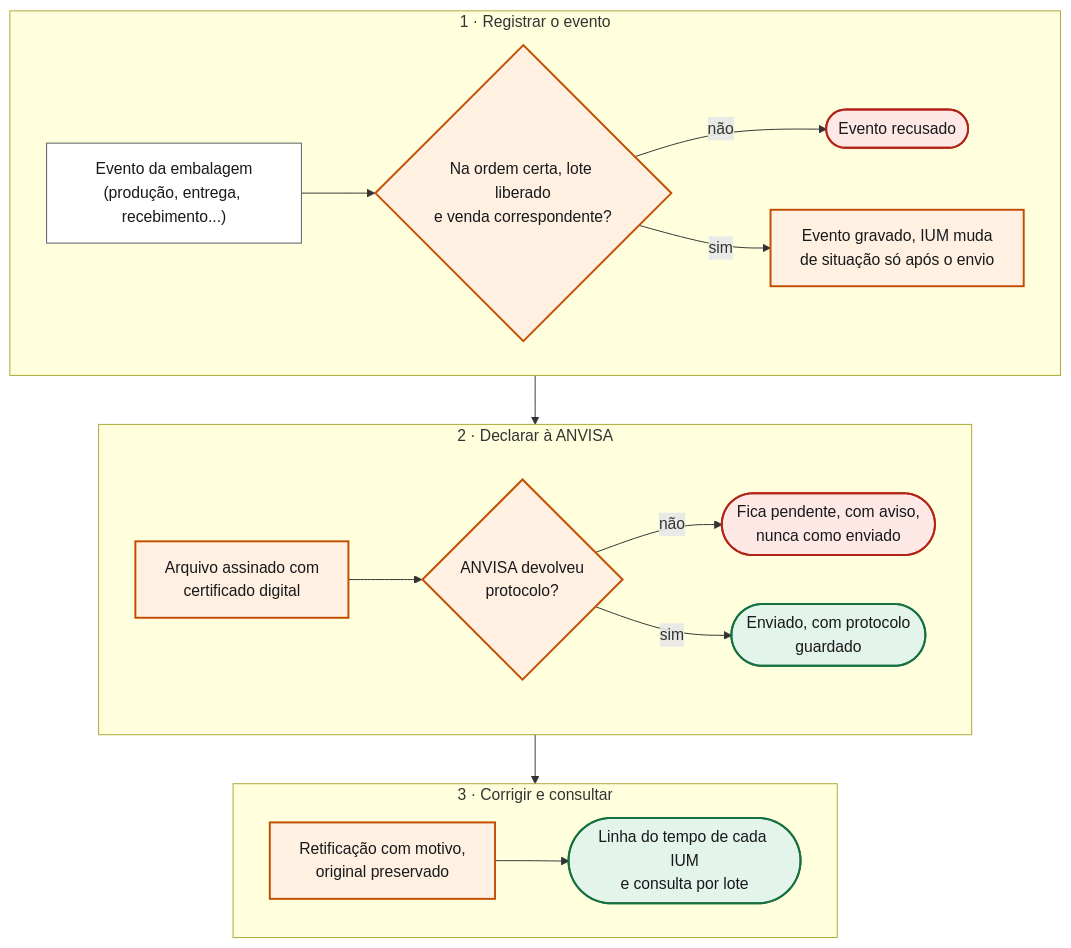
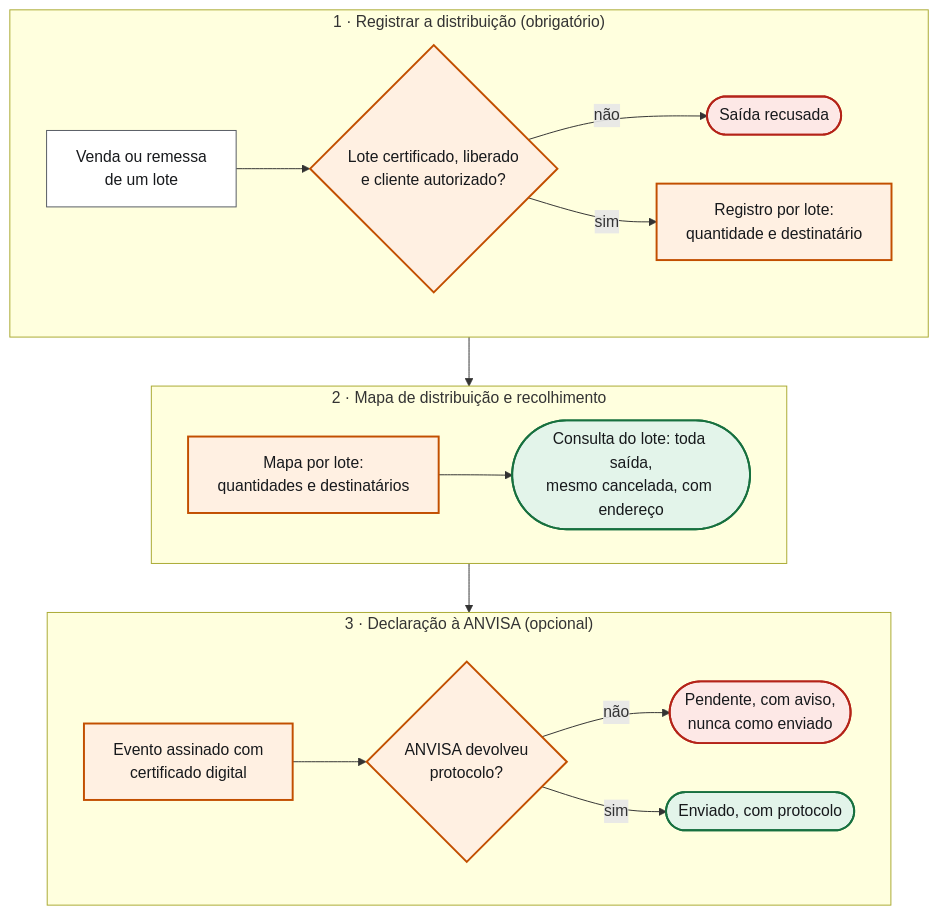
One commit to Nardacci/iLabs changed the diagram in docs/roadmap/diagramas/fluxo-16b-eventos-e-declaracao.mmd. Above: the diagram before and after it, drawn with Mermaid. The commit also changed 15 other files, not shown here.

First line of the commit message:
Fichas 16a e 16b reescritas para o modelo atual (mapa de distribuição; série e declaração opcionais)

```diff
--- a/docs/roadmap/diagramas/fluxo-16b-eventos-e-declaracao.mmd
+++ b/docs/roadmap/diagramas/fluxo-16b-eventos-e-declaracao.mmd
@@ -1,22 +1,22 @@
 flowchart TB
   classDef trava fill:#fff0e2,stroke:#c24f00,stroke-width:2px,color:#17191c
   classDef passo fill:#ffffff,stroke:#565b63,color:#17191c
   classDef fim fill:#e3f4ea,stroke:#17703f,stroke-width:2px,color:#17191c
   classDef bloqueio fill:#fde8e6,stroke:#b42318,stroke-width:2px,color:#17191c
-  subgraph R["1 · Registrar o evento"]
+  subgraph R["1 · Registrar a distribuição (obrigatório)"]
     direction LR
-    A1["Evento da embalagem<br/>(produção, entrega, recebimento...)"]:::passo --> A2{"Na ordem certa, lote liberado<br/>e venda correspondente?"}:::trava
-    A2 -- não --> X1(["Evento recusado"]):::bloqueio
-    A2 -- sim --> A3["Evento gravado, IUM muda<br/>de situação só após o envio"]:::trava
+    A1["Venda ou remessa<br/>de um lote"]:::passo --> A2{"Lote certificado, liberado<br/>e cliente autorizado?"}:::trava
+    A2 -- não --> X1(["Saída recusada"]):::bloqueio
+    A2 -- sim --> A3["Registro por lote:<br/>quantidade e destinatário"]:::trava
   end
-  subgraph D["2 · Declarar à ANVISA"]
+  subgraph M["2 · Mapa de distribuição e recolhimento"]
     direction LR
-    B1["Arquivo assinado com<br/>certificado digital"]:::trava --> B2{"ANVISA devolveu<br/>protocolo?"}:::trava
-    B2 -- não --> X2(["Fica pendente, com aviso,<br/>nunca como enviado"]):::bloqueio
-    B2 -- sim --> B3(["Enviado, com protocolo<br/>guardado"]):::fim
+    B1["Mapa por lote:<br/>quantidades e destinatários"]:::trava --> B2(["Consulta do lote: toda saída,<br/>mesmo cancelada, com endereço"]):::fim
   end
-  subgraph C["3 · Corrigir e consultar"]
+  subgraph D["3 · Declaração à ANVISA (opcional)"]
     direction LR
-    C1["Retificação com motivo,<br/>original preservado"]:::trava --> C2(["Linha do tempo de cada IUM<br/>e consulta por lote"]):::fim
+    C1["Evento assinado com<br/>certificado digital"]:::trava --> C2{"ANVISA devolveu<br/>protocolo?"}:::trava
+    C2 -- não --> X2(["Pendente, com aviso,<br/>nunca como enviado"]):::bloqueio
+    C2 -- sim --> C3(["Enviado, com protocolo"]):::fim
   end
-  R --> D --> C
+  R --> M --> D
```
